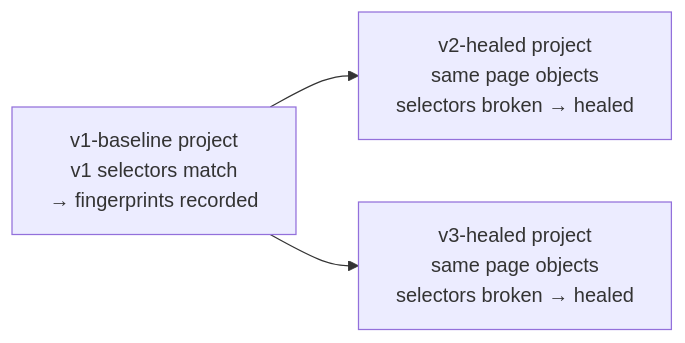
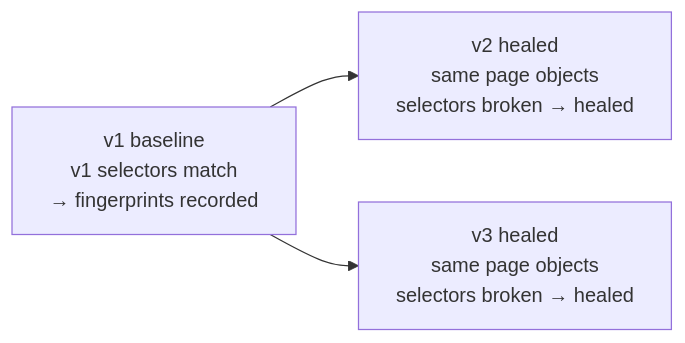
One commit to immer-b/self-healing-e2e-tests changed the second of 2 diagrams in README.md. Above: the diagram before and after it, drawn with Mermaid. The commit also changed other lines of this file and 89 other files, not shown here.

````diff
--- a/README.md
+++ b/README.md
@@ -49,5 +58,5 @@
 ```mermaid
 flowchart LR
-  V1["v1-baseline project<br/>v1 selectors match<br/>→ fingerprints recorded"] --> V2["v2-healed project<br/>same page objects<br/>selectors broken → healed"]
-  V1 --> V3["v3-healed project<br/>same page objects<br/>selectors broken → healed"]
+  V1["v1 baseline<br/>v1 selectors match<br/>→ fingerprints recorded"] --> V2["v2 healed<br/>same page objects<br/>selectors broken → healed"]
+  V1 --> V3["v3 healed<br/>same page objects<br/>selectors broken → healed"]
 ```
````
